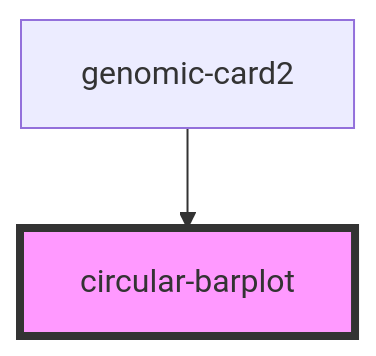
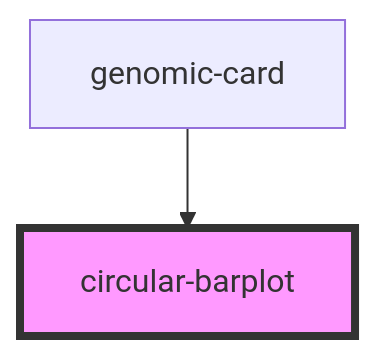
One commit to MMSB-MOBI/result_page_crispr changed the diagram in src/components/circular-barplot/readme.md. Above: the diagram before and after it, drawn with Mermaid. The commit also changed other lines of this file and 7 other files, not shown here.

````diff
--- a/src/components/circular-barplot/readme.md
+++ b/src/components/circular-barplot/readme.md
@@ -27,5 +27,5 @@
 ```mermaid
 graph TD;
-  genomic-card2 --> circular-barplot
+  genomic-card --> circular-barplot
   style circular-barplot fill:#f9f,stroke:#333,stroke-width:4px
 ```
````
